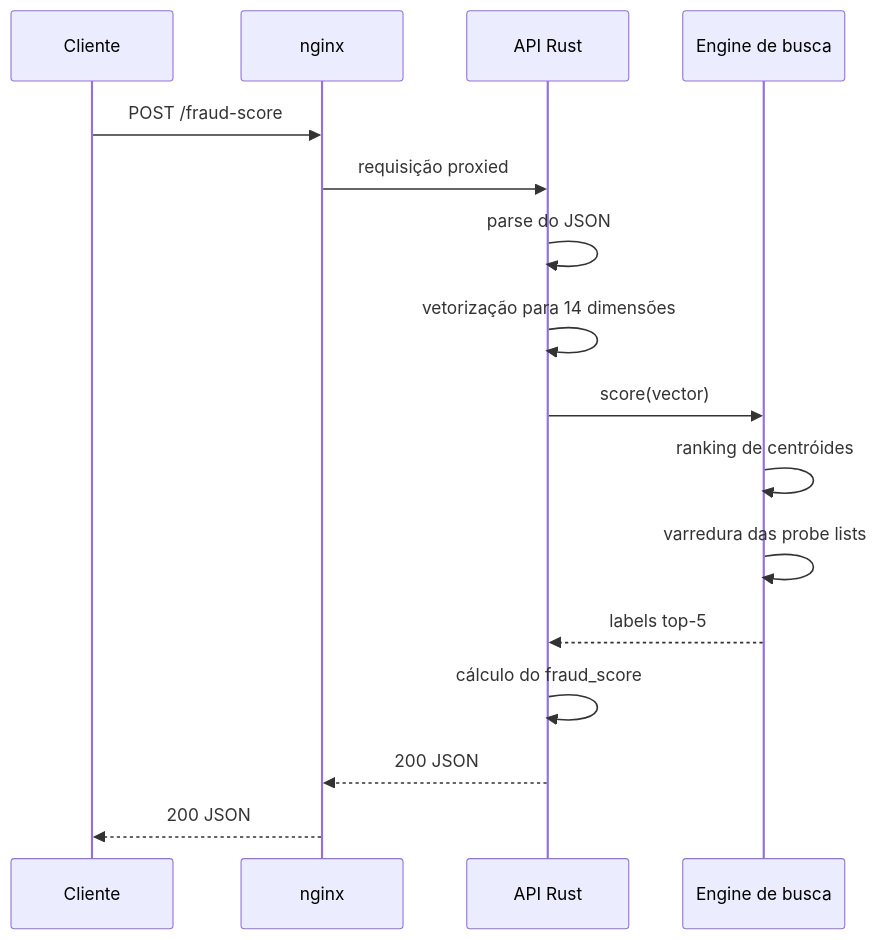
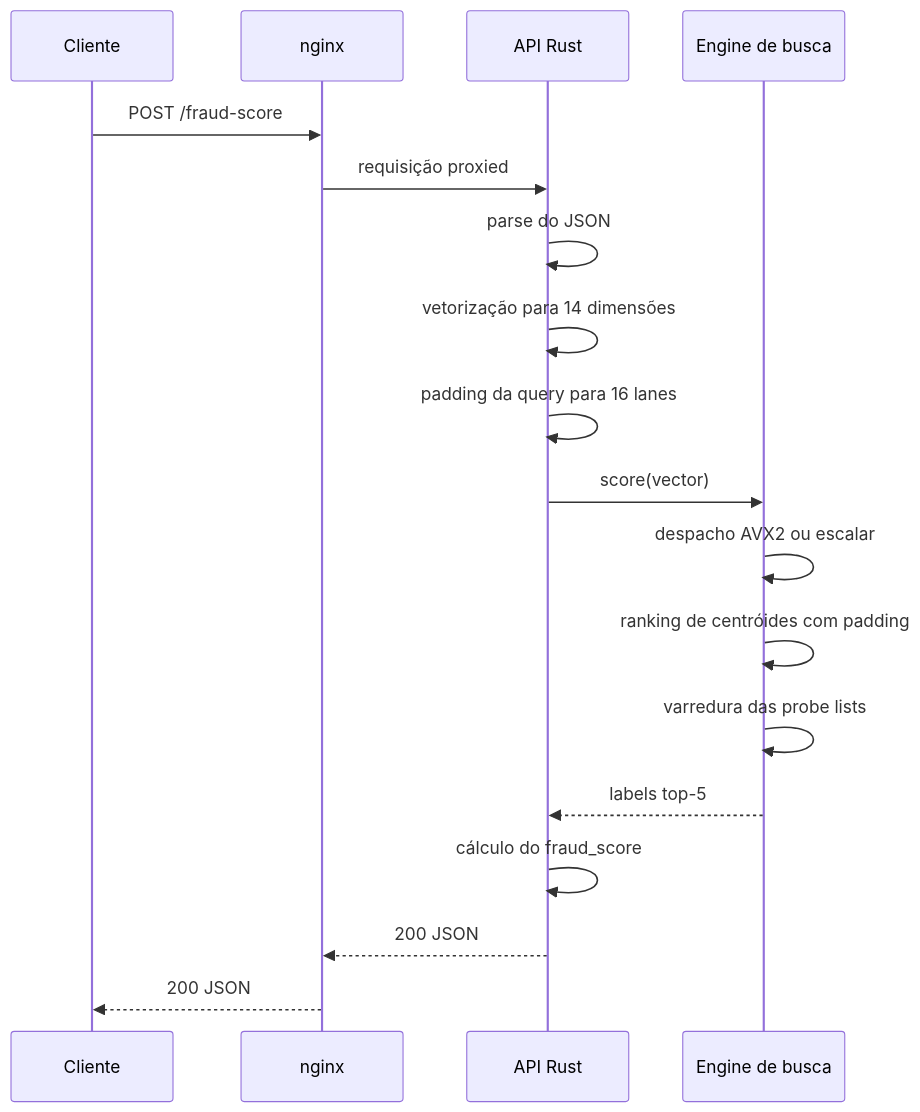
One commit to rwebler/rinha-de-backend-2026 changed the fifth of 5 diagrams in docs/br/IMPLEMENTACAO_C4.md. Above: the diagram before and after it, drawn with Mermaid. The commit also changed other lines of this file and 4 other files, not shown here.

````diff
--- a/docs/br/IMPLEMENTACAO_C4.md
+++ b/docs/br/IMPLEMENTACAO_C4.md
@@ -129,19 +132,21 @@
 ```mermaid
 sequenceDiagram
     participant C as Cliente
     participant N as nginx
     participant A as API Rust
     participant S as Engine de busca
 
     C->>N: POST /fraud-score
     N->>A: requisição proxied
     A->>A: parse do JSON
     A->>A: vetorização para 14 dimensões
+    A->>A: padding da query para 16 lanes
     A->>S: score(vector)
-    S->>S: ranking de centróides
+    S->>S: despacho AVX2 ou escalar
+    S->>S: ranking de centróides com padding
     S->>S: varredura das probe lists
     S-->>A: labels top-5
     A->>A: cálculo do fraud_score
     A-->>N: 200 JSON
     N-->>C: 200 JSON
 ```
````
